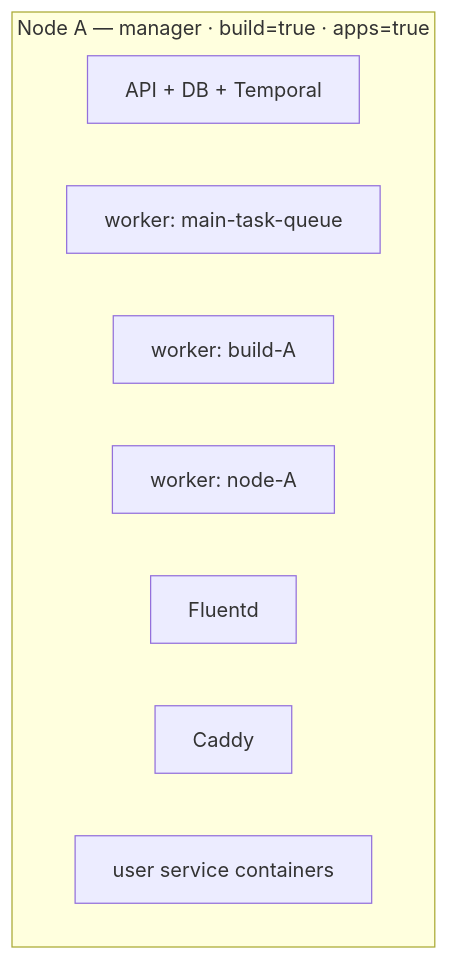
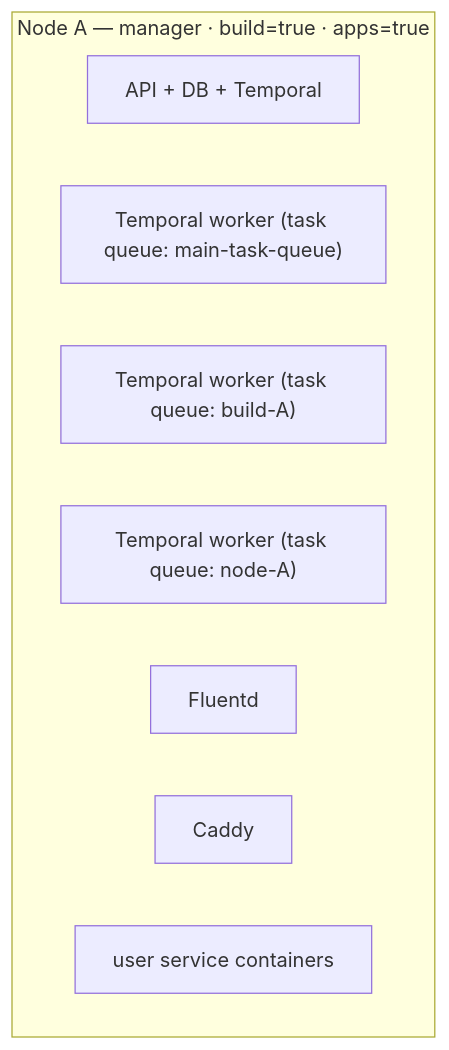
The first of 4 diagrams in backend/notes/multi-server-plan.md (zane-ops/zane-ops), drawn with Mermaid before and after one commit. The commit also changed other lines of this file, not shown here.

````diff
--- a/backend/notes/multi-server-plan.md
+++ b/backend/notes/multi-server-plan.md
@@ -298,12 +298,12 @@
 ```mermaid
 flowchart TB
     subgraph A["Node A — manager · build=true · apps=true"]
         api["API + DB + Temporal"]
-        mainq["worker: main-task-queue"]
-        buildq["worker: build-A"]
-        nodeq["worker: node-A"]
+        mainq["Temporal worker (task queue: main-task-queue)"]
+        buildq["Temporal worker (task queue: build-A)"]
+        nodeq["Temporal worker (task queue: node-A)"]
         fluentd["Fluentd"]
         caddy["Caddy"]
         apps["user service containers"]
     end
 ```
````
